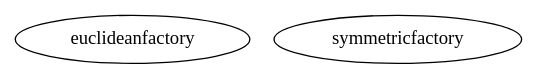
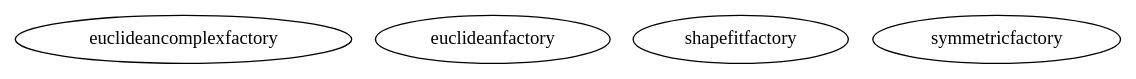
Before and after one commit to NicolasBoumal/manopt: the diagram in web/reference/manopt/manifolds/euclidean/graph.dot, drawn with Graphviz. The commit also changed 359 other files, not shown here.

```diff
--- a/web/reference/manopt/manifolds/euclidean/graph.dot
+++ b/web/reference/manopt/manifolds/euclidean/graph.dot
@@ -1,6 +1,8 @@
 /* Created by mdot for Matlab */
 digraph m2html {
 
+  euclideancomplexfactory [URL="euclideancomplexfactory.html"];
   euclideanfactory [URL="euclideanfactory.html"];
+  shapefitfactory [URL="shapefitfactory.html"];
   symmetricfactory [URL="symmetricfactory.html"];
 }
```
